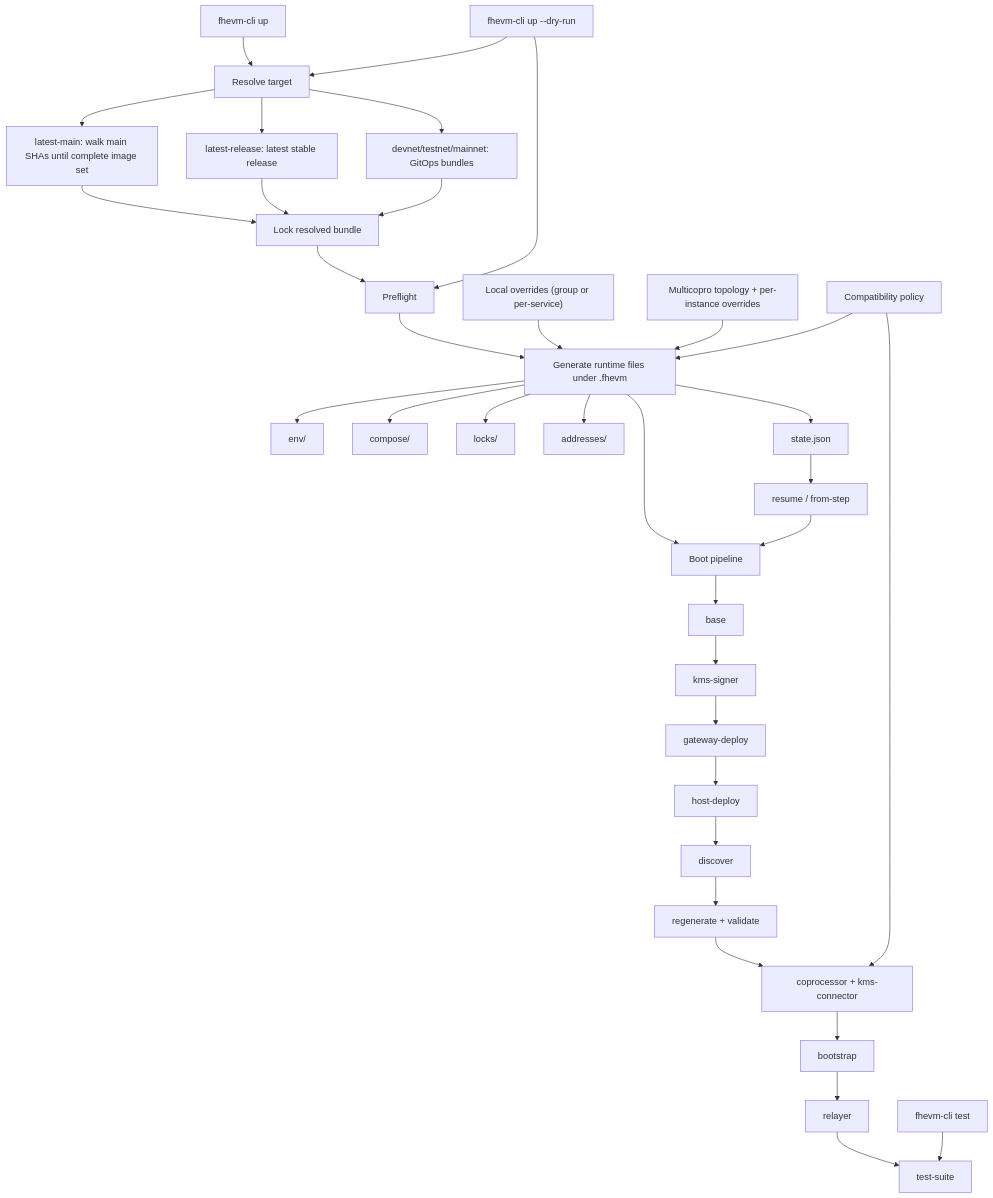
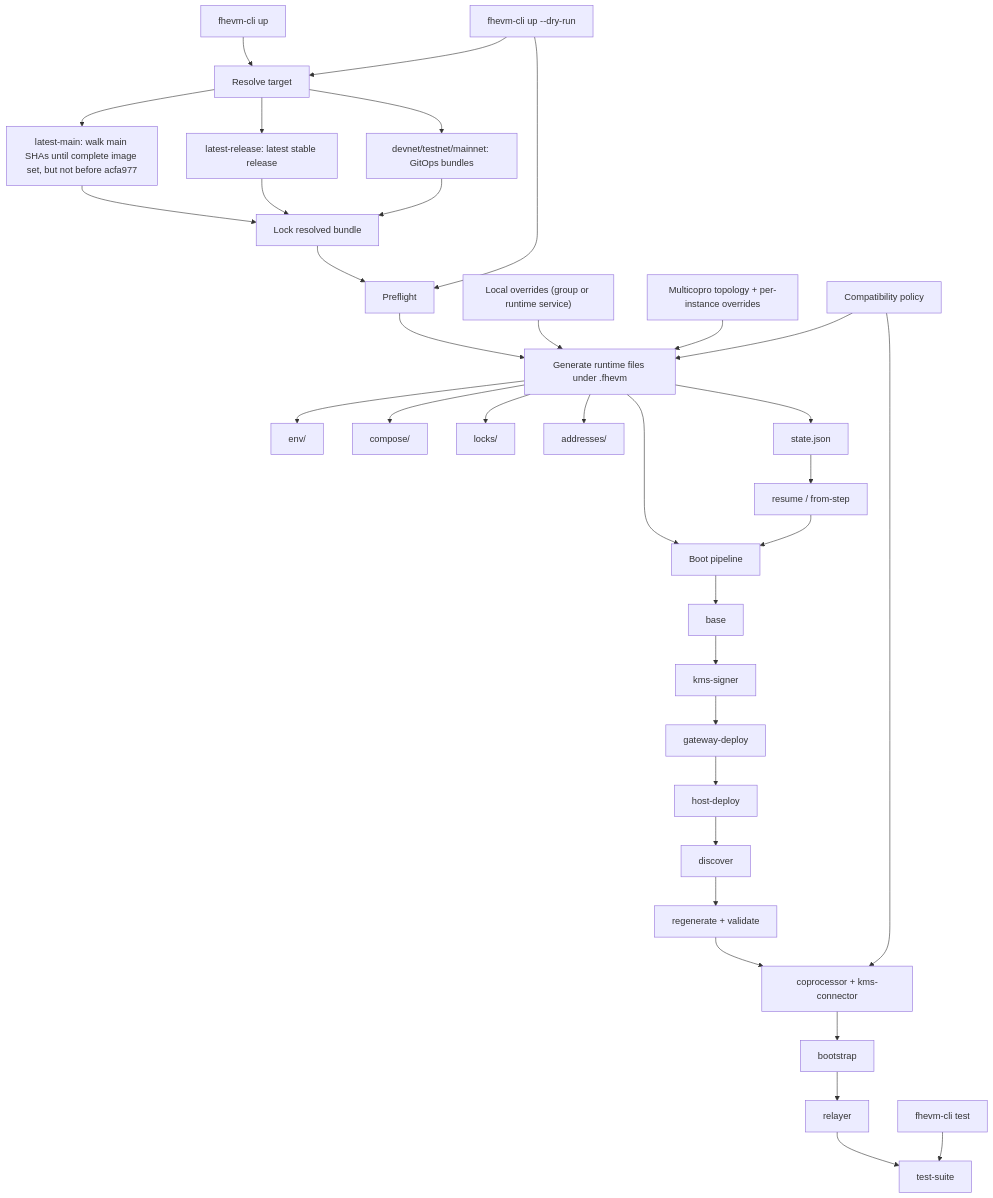
One commit to zama-ai/fhevm changed the diagram in test-suite/fhevm/ARCHITECTURE.md. Above: the diagram before and after it, drawn with Mermaid. The commit also changed other lines of this file and 8 other files, not shown here.

````diff
--- a/test-suite/fhevm/ARCHITECTURE.md
+++ b/test-suite/fhevm/ARCHITECTURE.md
@@ -5,42 +5,42 @@
 ```mermaid
 flowchart TD
   A["fhevm-cli up"] --> B["Resolve target"]
-  B --> B1["latest-main: walk main SHAs until complete image set"]
+  B --> B1["latest-main: walk main SHAs until complete image set, but not before acfa977"]
   B --> B2["latest-release: latest stable release"]
   B --> B3["devnet/testnet/mainnet: GitOps bundles"]
   B1 --> C["Lock resolved bundle"]
   B2 --> C
   B3 --> C
 
   C --> D["Preflight"]
   D --> E["Generate runtime files under .fhevm"]
   E --> E1["env/"]
   E --> E2["compose/"]
   E --> E3["locks/"]
   E --> E4["addresses/"]
   E --> E5["state.json"]
 
   E --> F["Boot pipeline"]
   F --> F1["base"]
   F1 --> F2["kms-signer"]
   F2 --> F3["gateway-deploy"]
   F3 --> F4["host-deploy"]
   F4 --> F5["discover"]
   F5 --> F6["regenerate + validate"]
   F6 --> F7["coprocessor + kms-connector"]
   F7 --> F8["bootstrap"]
   F8 --> F9["relayer"]
   F9 --> F10["test-suite"]
 
-  G["Local overrides (group or per-service)"] --> E
+  G["Local overrides (group or runtime service)"] --> E
   H["Multicopro topology + per-instance overrides"] --> E
   I["Compatibility policy"] --> E
   I --> F7
 
   E5 --> J["resume / from-step"]
   J --> F
 
   K["fhevm-cli test"] --> F10
   L["fhevm-cli up --dry-run"] --> B
   L --> D
 ```
````
